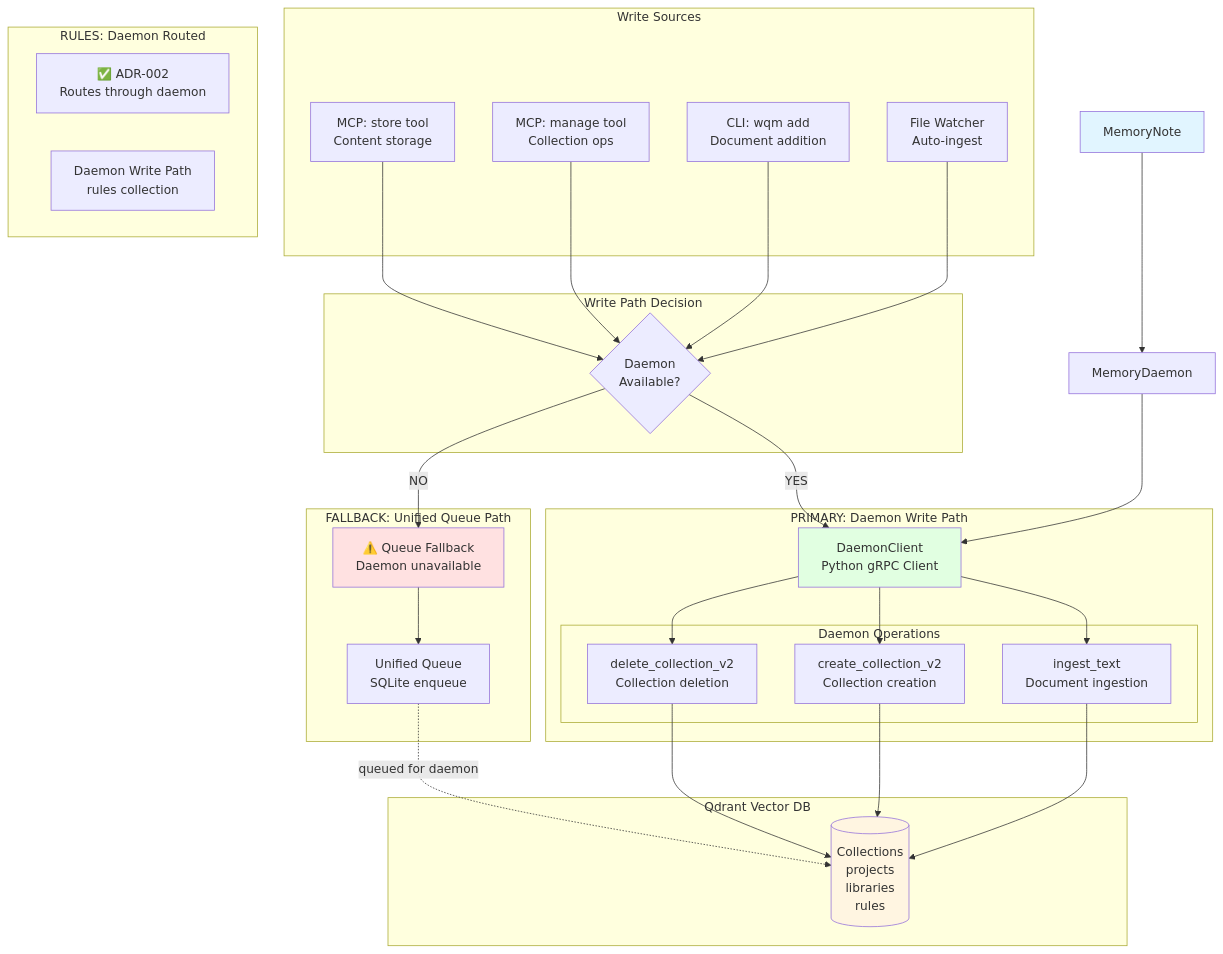
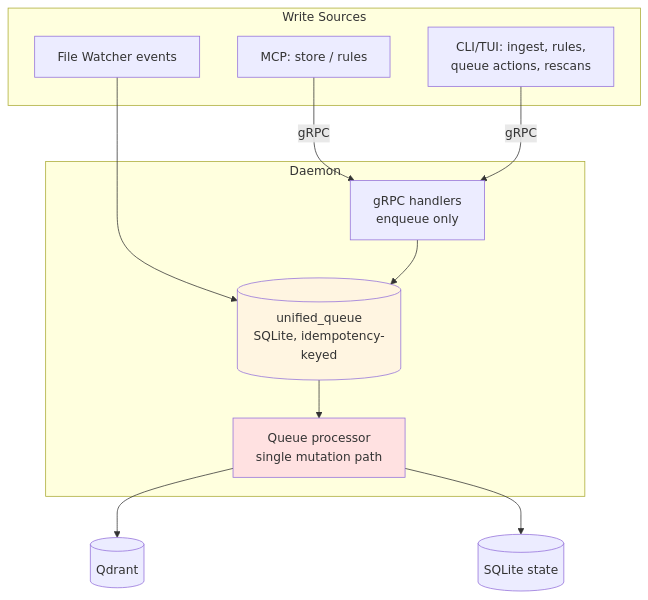
Before and after one commit to ChrisGVE/workspace-qdrant-mcp: the fourth of 5 diagrams in docs/ARCHITECTURE.md, drawn with Mermaid. The commit also changed other lines of this file, not shown here.

First line of the commit message:
docs: rewrite ARCHITECTURE.md for the all-Rust architecture

````diff
--- a/docs/ARCHITECTURE.md
+++ b/docs/ARCHITECTURE.md
@@ -508,64 +167,25 @@
 ```mermaid
 graph TB
     subgraph "Write Sources"
-        MCP_Store[MCP: store tool<br/>Content storage]
-        MCP_Manage[MCP: manage tool<br/>Collection ops]
-        CLI_Add[CLI: wqm add<br/>Document addition]
-        Watcher[File Watcher<br/>Auto-ingest]
+        MCP_W[MCP: store / rules]
+        CLI_W[CLI/TUI: ingest, rules,<br/>queue actions, rescans]
+        Watch[File Watcher events]
     end
 
-    subgraph "Write Path Decision"
-        Check{Daemon<br/>Available?}
+    subgraph "Daemon"
+        Handlers[gRPC handlers<br/>enqueue only]
+        UQ[(unified_queue<br/>SQLite, idempotency-keyed)]
+        Proc[Queue processor<br/>single mutation path]
     end
 
-    subgraph "PRIMARY: Daemon Write Path"
-        DC[DaemonClient<br/>Python gRPC Client]
+    MCP_W -->|gRPC| Handlers
+    CLI_W -->|gRPC| Handlers
+    Watch --> UQ
+    Handlers --> UQ
+    UQ --> Proc
+    Proc --> Qdrant[(Qdrant)]
+    Proc --> SQLite[(SQLite state)]
 
-        subgraph "Daemon Operations"
-            IngestText[ingest_text<br/>Document ingestion]
-            CreateColl[create_collection_v2<br/>Collection creation]
-            DeleteColl[delete_collection_v2<br/>Collection deletion]
-        end
-
-        DC --> IngestText
-        DC --> CreateColl
-        DC --> DeleteColl
-    end
-
-    subgraph "FALLBACK: Unified Queue Path"
-        FallbackNote[⚠️ Queue Fallback<br/>Daemon unavailable]
-        QueueClient[Unified Queue<br/>SQLite enqueue]
-    end
-
-    subgraph "RULES: Daemon Routed"
-        RulesNote[✅ ADR-002<br/>Routes through daemon]
-        RulesDaemon[Daemon Write Path<br/>rules collection]
-    end
-
-    subgraph "Qdrant Vector DB"
-        Collections[(Collections<br/>projects<br/>libraries<br/>rules)]
-    end
-
-    MCP_Store --> Check
-    MCP_Manage --> Check
-    CLI_Add --> Check
-    Watcher --> Check
-
-    Check -->|YES| DC
-    Check -->|NO| FallbackNote
-
-    FallbackNote --> QueueClient
-
-    IngestText --> Collections
-    CreateColl --> Collections
-    DeleteColl --> Collections
-    QueueClient -.->|queued for daemon| Collections
-
-    MemoryNote --> MemoryDaemon
-    MemoryDaemon --> DC
-
-    style DC fill:#e1ffe1
-    style FallbackNote fill:#ffe1e1
-    style MemoryNote fill:#e1f5ff
-    style Collections fill:#fff5e1
+    style UQ fill:#fff5e1
+    style Proc fill:#ffe1e1
 ```
````
